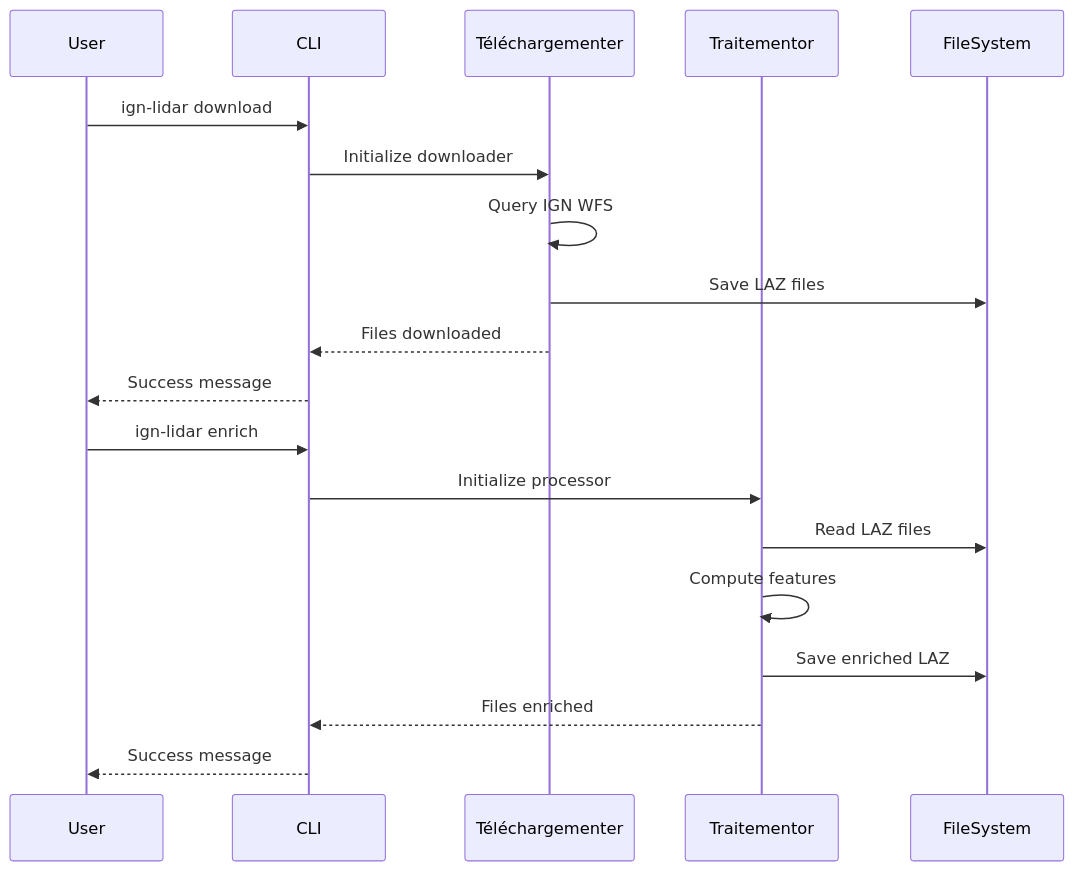
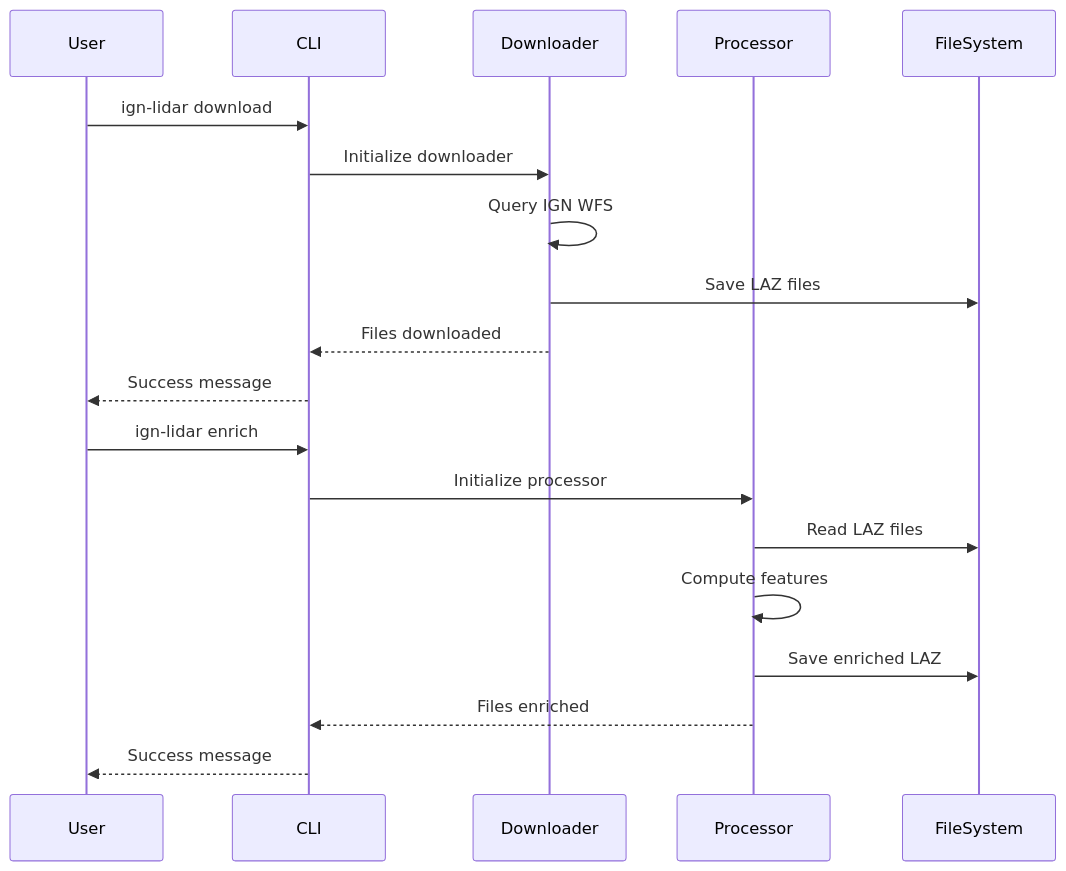
The fifth of 12 diagrams in website/i18n/fr/docusaurus-plugin-content-docs/current/mermaid-reference.md (sducournau/IGN_LIDAR_HD_DATASET), drawn with Mermaid before and after one commit. The commit also changed other lines of this file and 145 other files, not shown here.

````diff
--- a/website/i18n/fr/docusaurus-plugin-content-docs/current/mermaid-reference.md
+++ b/website/i18n/fr/docusaurus-plugin-content-docs/current/mermaid-reference.md
@@ -87,23 +96,23 @@
 ```mermaid
 sequenceDiagram
     participant U as User
     participant C as CLI
-    participant D as Téléchargementer
-    participant P as Traitementor
+    participant D as Downloader
+    participant P as Processor
     participant F as FileSystem
 
     U->>C: ign-lidar download
     C->>D: Initialize downloader
     D->>D: Query IGN WFS
     D->>F: Save LAZ files
     D-->>C: Files downloaded
     C-->>U: Success message
 
     U->>C: ign-lidar enrich
     C->>P: Initialize processor
     P->>F: Read LAZ files
     P->>P: Compute features
     P->>F: Save enriched LAZ
     P-->>C: Files enriched
     C-->>U: Success message
 ```
````
